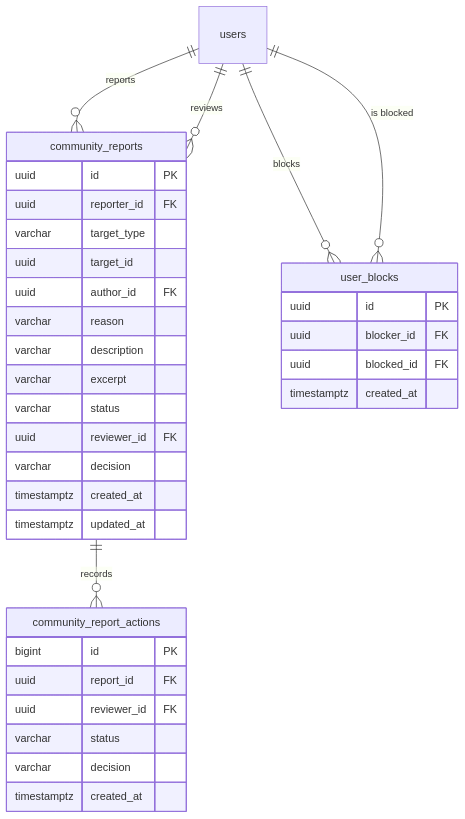
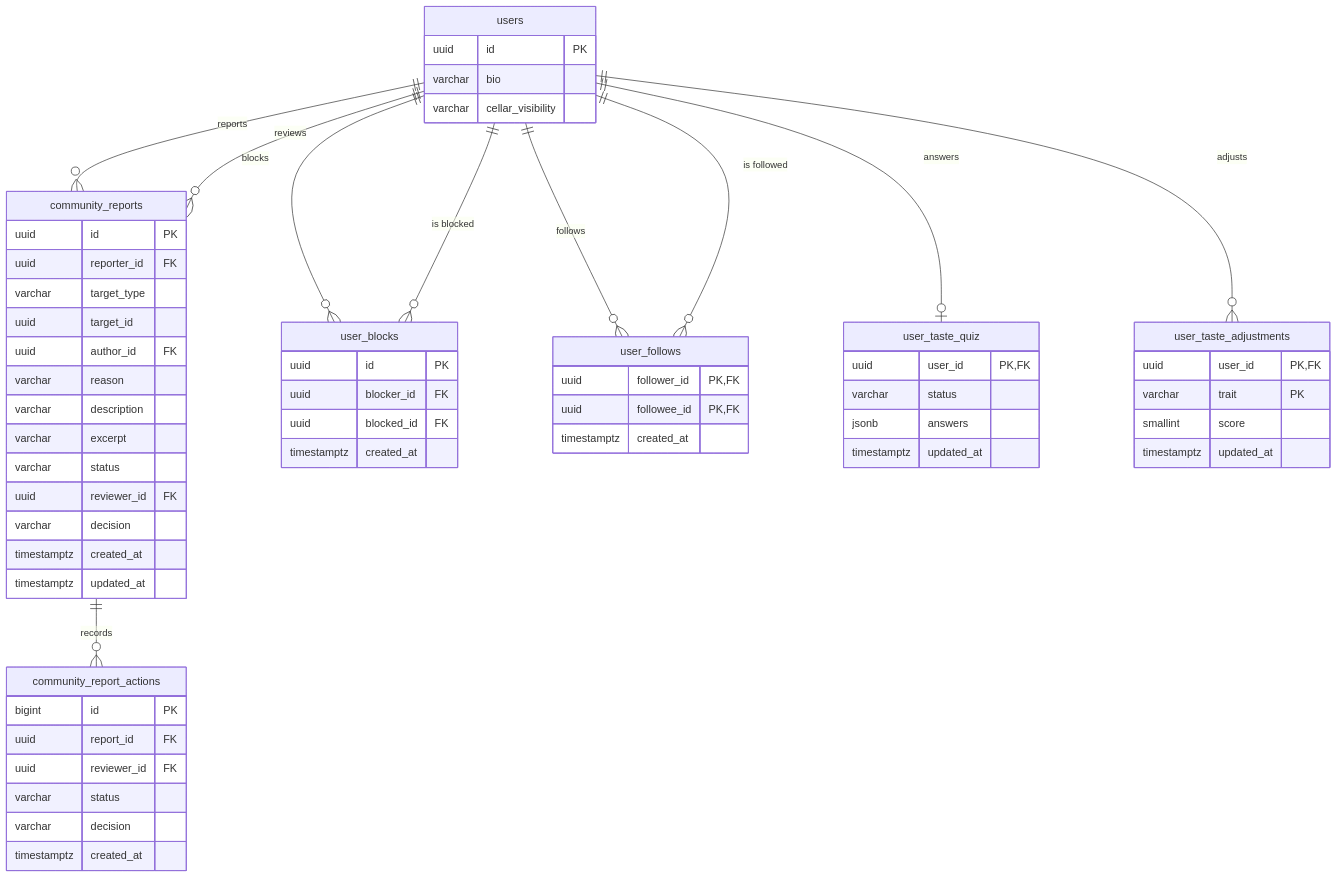
Before and after one commit to Bielaszczuk/vinnot-demo: the second of 2 diagrams in docs/en/modules/community/README.md, drawn with Mermaid. The commit also changed other lines of this file and 703 other files, not shown here.

````diff
--- a/docs/en/modules/community/README.md
+++ b/docs/en/modules/community/README.md
@@ -63,37 +73,63 @@
 ```mermaid
 erDiagram
     users ||--o{ community_reports : reports
     users ||--o{ community_reports : reviews
     community_reports ||--o{ community_report_actions : records
     users ||--o{ user_blocks : blocks
     users ||--o{ user_blocks : "is blocked"
+    users ||--o{ user_follows : follows
+    users ||--o{ user_follows : "is followed"
+    users ||--o| user_taste_quiz : answers
+    users ||--o{ user_taste_adjustments : adjusts
+    users {
+        uuid id PK
+        varchar bio
+        varchar cellar_visibility
+    }
     community_reports {
         uuid id PK
         uuid reporter_id FK
         varchar target_type
         uuid target_id
         uuid author_id FK
         varchar reason
         varchar description
         varchar excerpt
         varchar status
         uuid reviewer_id FK
         varchar decision
         timestamptz created_at
         timestamptz updated_at
     }
     community_report_actions {
         bigint id PK
         uuid report_id FK
         uuid reviewer_id FK
         varchar status
         varchar decision
         timestamptz created_at
     }
     user_blocks {
         uuid id PK
         uuid blocker_id FK
         uuid blocked_id FK
         timestamptz created_at
     }
+    user_follows {
+        uuid follower_id PK,FK
+        uuid followee_id PK,FK
+        timestamptz created_at
+    }
+    user_taste_quiz {
+        uuid user_id PK,FK
+        varchar status
+        jsonb answers
+        timestamptz updated_at
+    }
+    user_taste_adjustments {
+        uuid user_id PK,FK
+        varchar trait PK
+        smallint score
+        timestamptz updated_at
+    }
 ```
````
